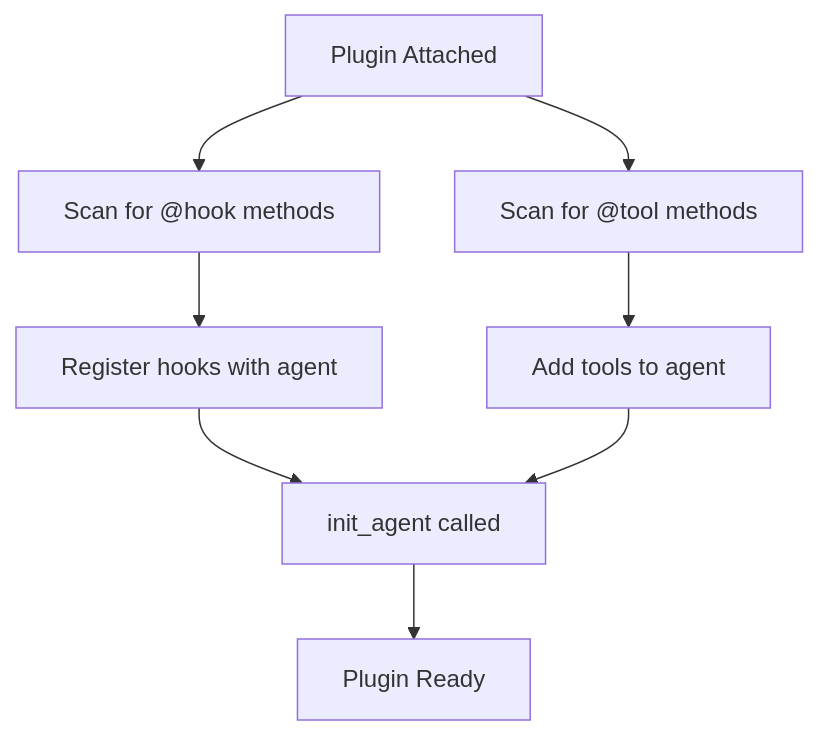
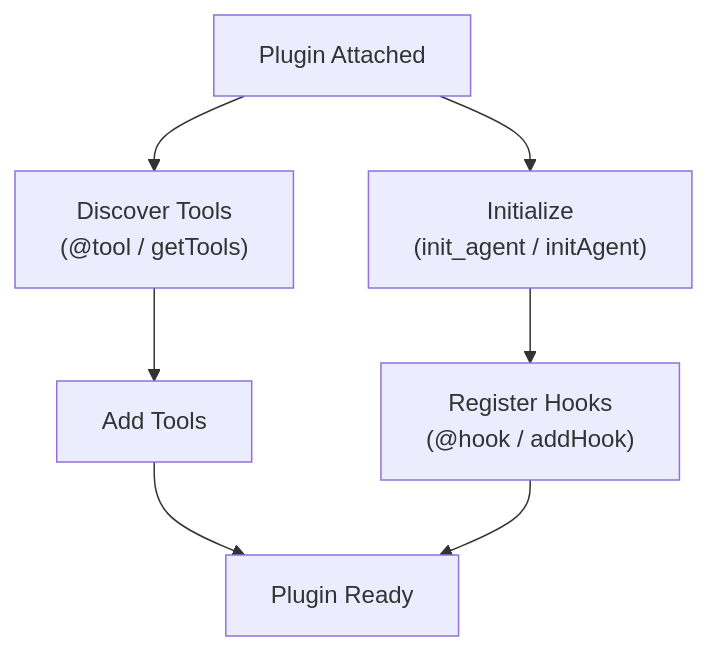
The diagram in src/content/docs/user-guide/concepts/plugins/index.mdx (seniorgreencode/harness-sdk), drawn with Mermaid before and after one commit. The commit also changed other lines of this file and 5 other files, not shown here.

````diff
--- a/src/content/docs/user-guide/concepts/plugins/index.mdx
+++ b/src/content/docs/user-guide/concepts/plugins/index.mdx
@@ -104,10 +123,9 @@
 ```mermaid
 flowchart TD
-    A[Plugin Attached] --> B[Scan for @hook methods]
-    A --> C[Scan for @tool methods]
-    B --> D[Register hooks with agent]
-    C --> E[Add tools to agent]
-    D --> F[init_agent called]
+    A[Plugin Attached] --> B["Discover Tools\n(@tool / getTools)"]
+    A --> C["Initialize\n(init_agent / initAgent)"]
+    B --> D[Add Tools]
+    C --> E["Register Hooks\n(@hook / addHook)"]
+    D --> F[Plugin Ready]
     E --> F
-    F --> G[Plugin Ready]
 ```
````
